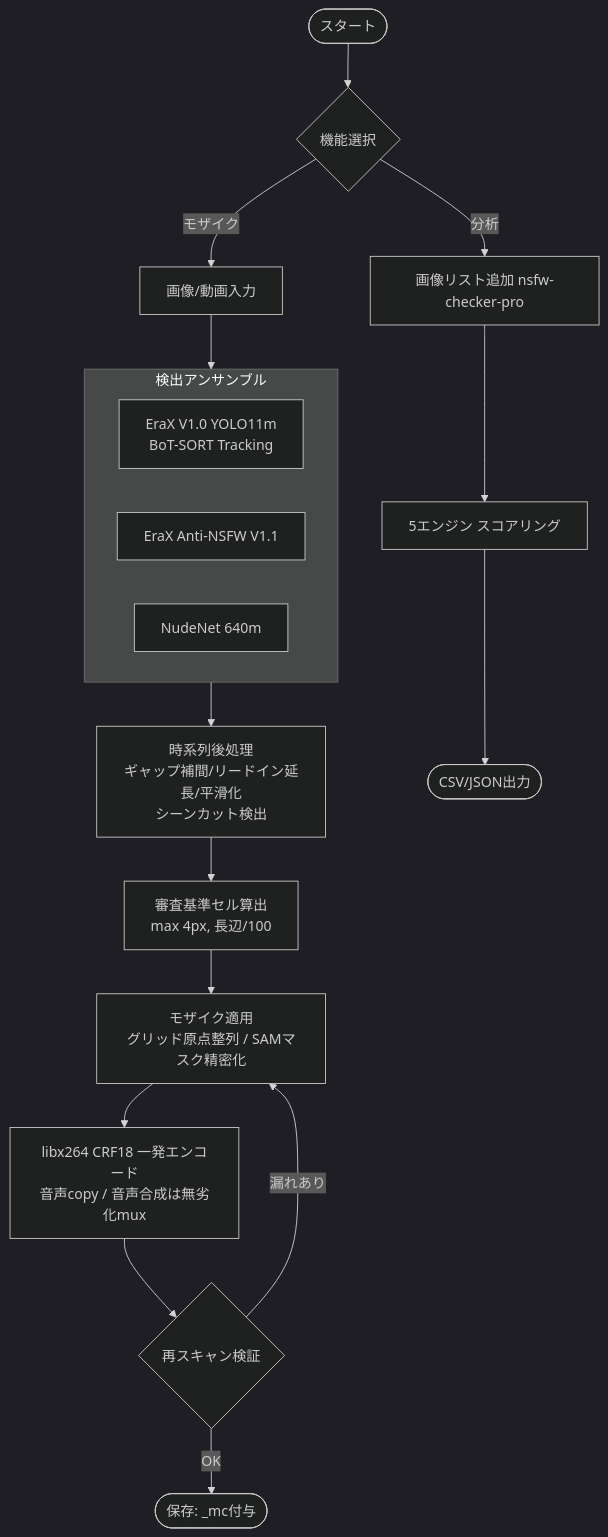
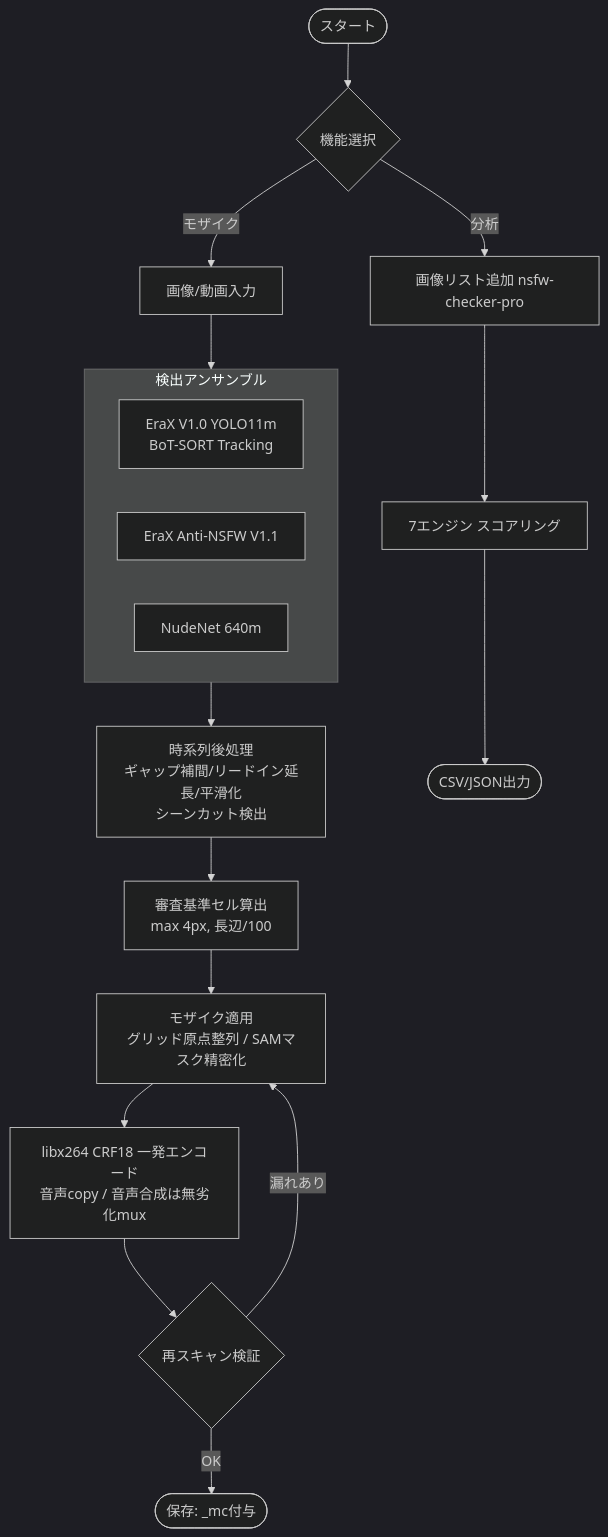
The diagram in README.md (igashira0324/nsfw-mosaic-auto), drawn with Mermaid (dark theme) before and after one commit. The commit also changed other lines of this file and 14 other files, not shown here.

````diff
--- a/README.md
+++ b/README.md
@@ -94,24 +103,24 @@
 ```mermaid
 flowchart TD
     Start([スタート]) --> Select{機能選択}
     Select -->|モザイク| M_Input[画像/動画入力]
     Select -->|分析| A_Input[画像リスト追加 nsfw-checker-pro]
 
     subgraph Detect [検出アンサンブル]
         Y0[EraX V1.0 YOLO11m<br>BoT-SORT Tracking]
         Y1[EraX Anti-NSFW V1.1]
         NN[NudeNet 640m]
     end
 
     M_Input --> Detect
     Detect --> TL[時系列後処理<br>ギャップ補間/リードイン延長/平滑化<br>シーンカット検出]
     TL --> Cell[審査基準セル算出<br>max 4px, 長辺/100]
     Cell --> Apply[モザイク適用<br>グリッド原点整列 / SAMマスク精密化]
     Apply --> Enc[libx264 CRF18 一発エンコード<br>音声copy / 音声合成は無劣化mux]
     Enc --> Verify{再スキャン検証}
     Verify -->|漏れあり| Apply
     Verify -->|OK| M_End([保存: _mc付与])
 
-    A_Input --> Score[5エンジン スコアリング]
+    A_Input --> Score[7エンジン スコアリング]
     Score --> A_End([CSV/JSON出力])
 ```
````
